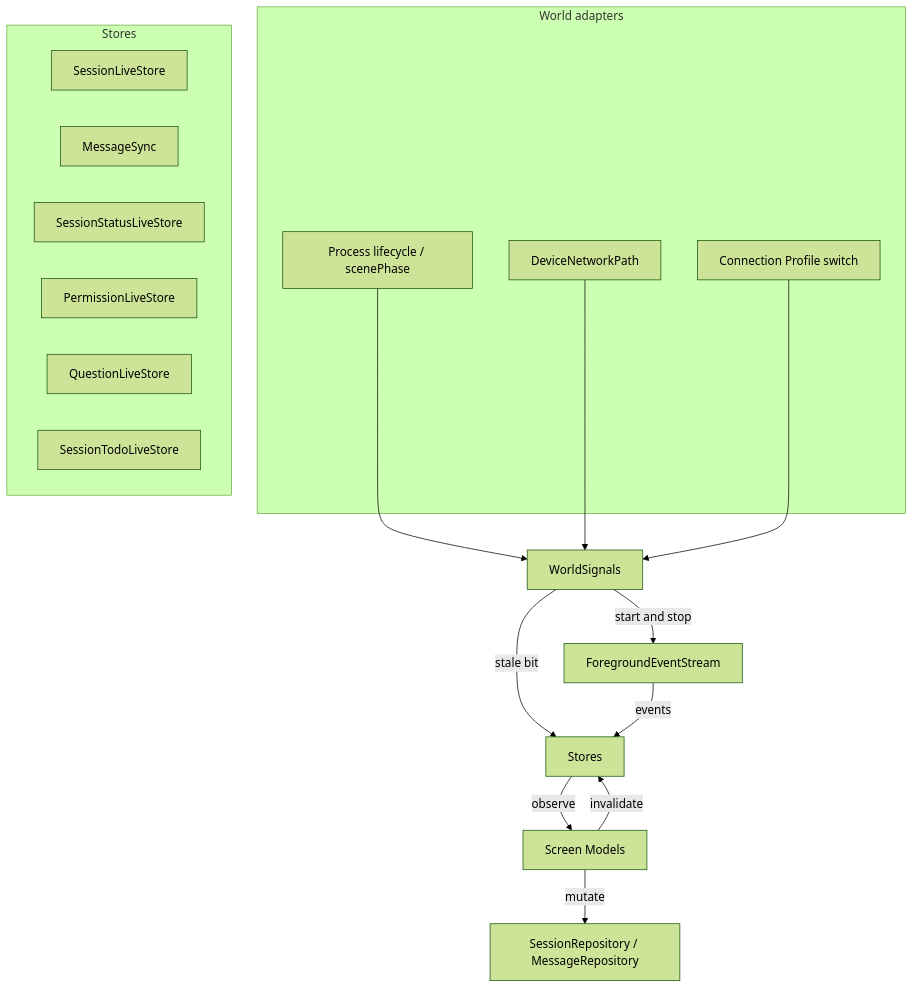
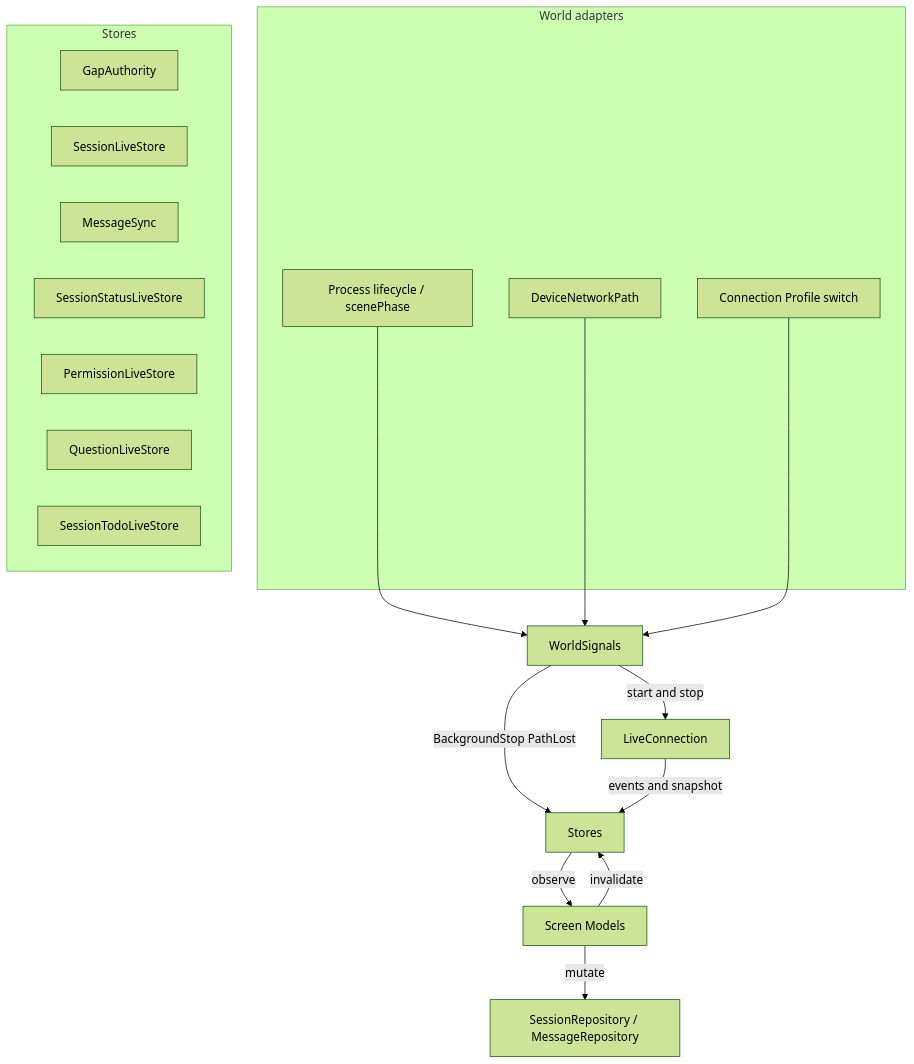
Before and after one commit to opencode-mobile/opencode-mobile: the second of 2 diagrams in docs/features/reactive-data-layer/plan.md, drawn with Mermaid (forest theme). The commit also changed other lines of this file and 6 other files, not shown here.

Commit message:
OPE-234 Document SSE recovery authority

````diff
--- a/docs/features/reactive-data-layer/plan.md
+++ b/docs/features/reactive-data-layer/plan.md
@@ -230,25 +244,26 @@
 ```mermaid
 flowchart TB
   subgraph adapters [World adapters]
     Life[Process lifecycle / scenePhase]
     Path[DeviceNetworkPath]
     Profile[Connection Profile switch]
   end
   Life --> World[WorldSignals]
   Path --> World
   Profile --> World
-  World -->|start and stop| SSE[ForegroundEventStream]
-  World -->|stale bit| Stores
-  SSE -->|events| Stores
+  World -->|start and stop| SSE[LiveConnection]
+  World -->|BackgroundStop PathLost| Stores
+  SSE -->|events and snapshot| Stores
   subgraph stores [Stores]
+    GA[GapAuthority]
     SLS[SessionLiveStore]
     MS[MessageSync]
     Status[SessionStatusLiveStore]
     Perm[PermissionLiveStore]
     Q[QuestionLiveStore]
     Todo[SessionTodoLiveStore]
   end
   Stores -->|observe| SM[Screen Models]
   SM -->|invalidate| Stores
   SM -->|mutate| Repos[SessionRepository / MessageRepository]
 ```
````
